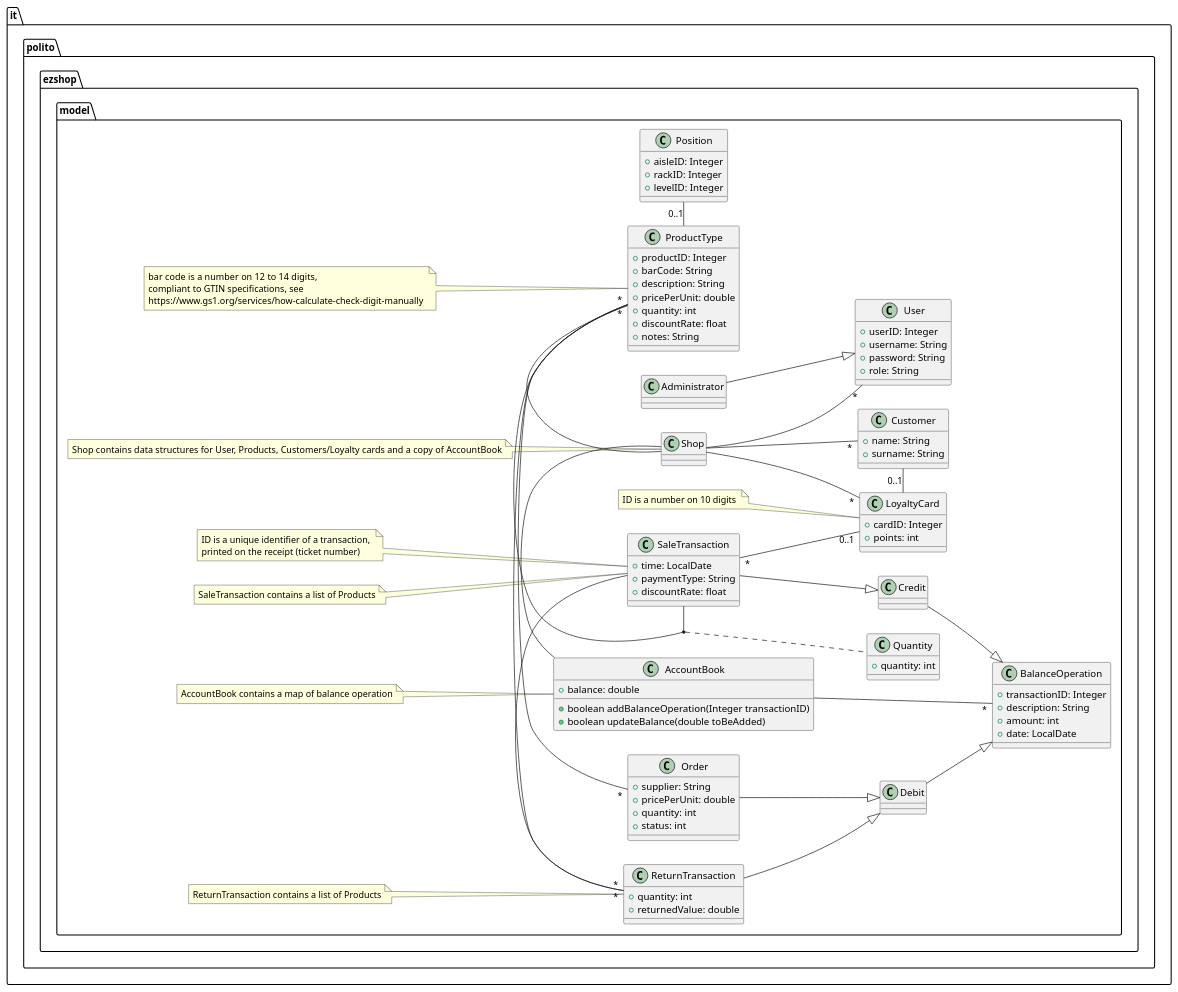
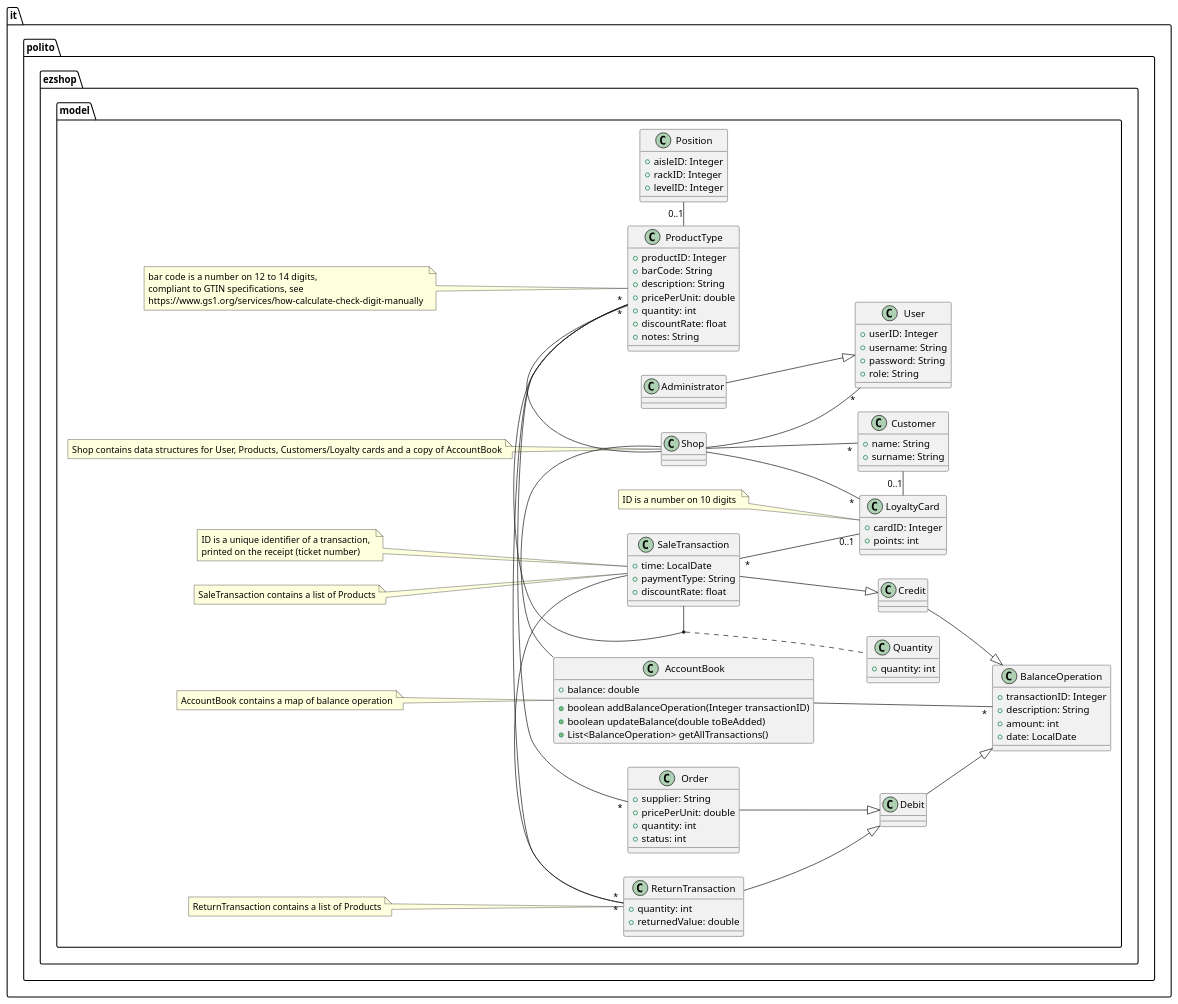
The third of 19 diagrams in Deliverables/DesignDocument.md (Stormz4/group20-EzShop), drawn with PlantUML before and after one commit. The commit also changed other lines of this file, not shown here.

Commit message:
Doc: Modified sequence 9

```diff
--- a/Deliverables/DesignDocument.md
+++ b/Deliverables/DesignDocument.md
@@ -174,6 +174,7 @@
  +balance: double
  +boolean addBalanceOperation(Integer transactionID)
  +boolean updateBalance(double toBeAdded)
+ +List<BalanceOperation> getAllTransactions()
 }
 AccountBook - Shop
 class BalanceOperation {
```
